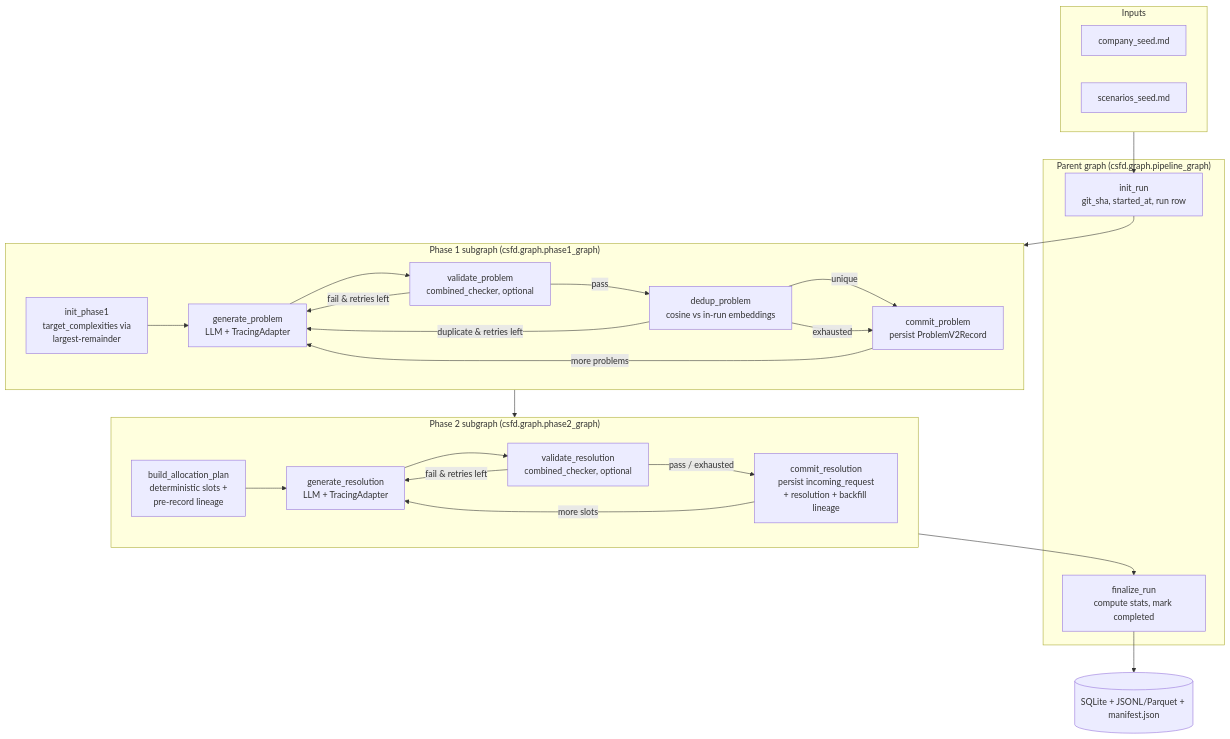
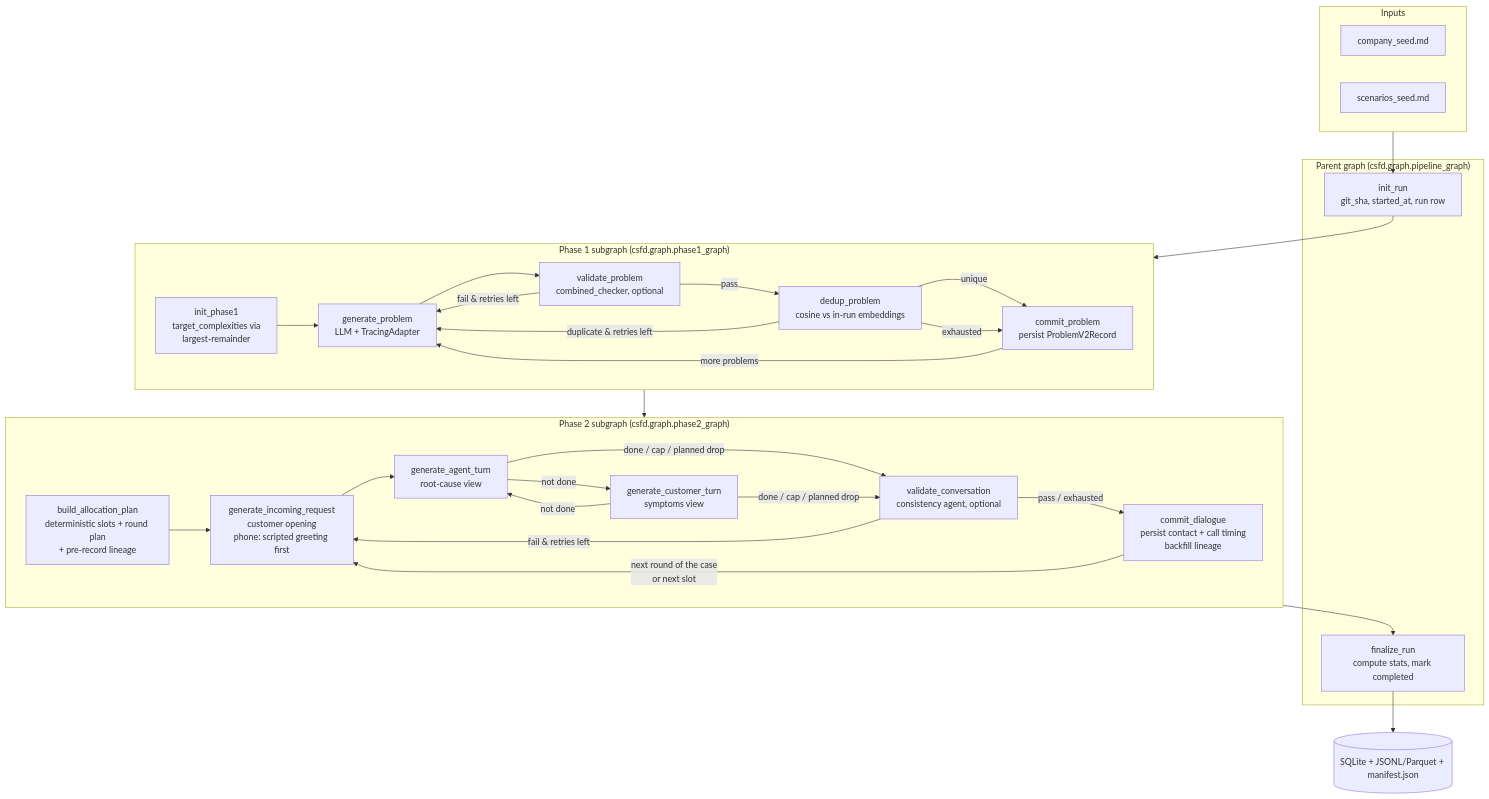
Before and after one commit to iamthejao/customer_support_data_generator: the diagram in README.md, drawn with Mermaid. The commit also changed other lines of this file and 36 other files, not shown here.

First line of the commit message:
feat(phase2): phone-call conversation format and multi-contact cases (#2)

````diff
--- a/README.md
+++ b/README.md
@@ -103,42 +118,48 @@
 ```mermaid
 flowchart TB
     subgraph Seeds["Inputs"]
         C[company_seed.md]
         S[scenarios_seed.md]
     end
     subgraph PARENT["Parent graph (csfd.graph.pipeline_graph)"]
         IR[init_run<br>git_sha, started_at, run row]
         FR[finalize_run<br>compute stats, mark completed]
     end
     subgraph P1["Phase 1 subgraph (csfd.graph.phase1_graph)"]
         IP[init_phase1<br>target_complexities via<br>largest-remainder]
         GP[generate_problem<br>LLM + TracingAdapter]
         VP[validate_problem<br>combined_checker, optional]
         DP[dedup_problem<br>cosine vs in-run embeddings]
         CP[commit_problem<br>persist ProblemV2Record]
         IP --> GP
         GP --> VP
         VP -->|fail & retries left| GP
         VP -->|pass| DP
         DP -->|unique| CP
         DP -->|duplicate & retries left| GP
         DP -->|exhausted| CP
         CP -->|more problems| GP
     end
     subgraph P2["Phase 2 subgraph (csfd.graph.phase2_graph)"]
-        BAP[build_allocation_plan<br>deterministic slots +<br>pre-record lineage]
-        GR[generate_resolution<br>LLM + TracingAdapter]
-        VR[validate_resolution<br>combined_checker, optional]
-        CR[commit_resolution<br>persist incoming_request<br>+ resolution + backfill lineage]
-        BAP --> GR
-        GR --> VR
-        VR -->|fail & retries left| GR
-        VR -->|pass / exhausted| CR
-        CR -->|more slots| GR
+        BAP[build_allocation_plan<br>deterministic slots + round plan<br>+ pre-record lineage]
+        GIR[generate_incoming_request<br>customer opening<br>phone: scripted greeting first]
+        GAT[generate_agent_turn<br>root-cause view]
+        GCT[generate_customer_turn<br>symptoms view]
+        VC[validate_conversation<br>consistency agent, optional]
+        CD[commit_dialogue<br>persist contact + call timing<br>backfill lineage]
+        BAP --> GIR
+        GIR --> GAT
+        GAT -->|not done| GCT
+        GCT -->|not done| GAT
+        GAT -->|done / cap / planned drop| VC
+        GCT -->|done / cap / planned drop| VC
+        VC -->|fail & retries left| GIR
+        VC -->|pass / exhausted| CD
+        CD -->|next round of the case<br>or next slot| GIR
     end
     Seeds --> IR
     IR --> P1
     P1 --> P2
     P2 --> FR
     FR --> EX[(SQLite + JSONL/Parquet + manifest.json)]
 ```
````
